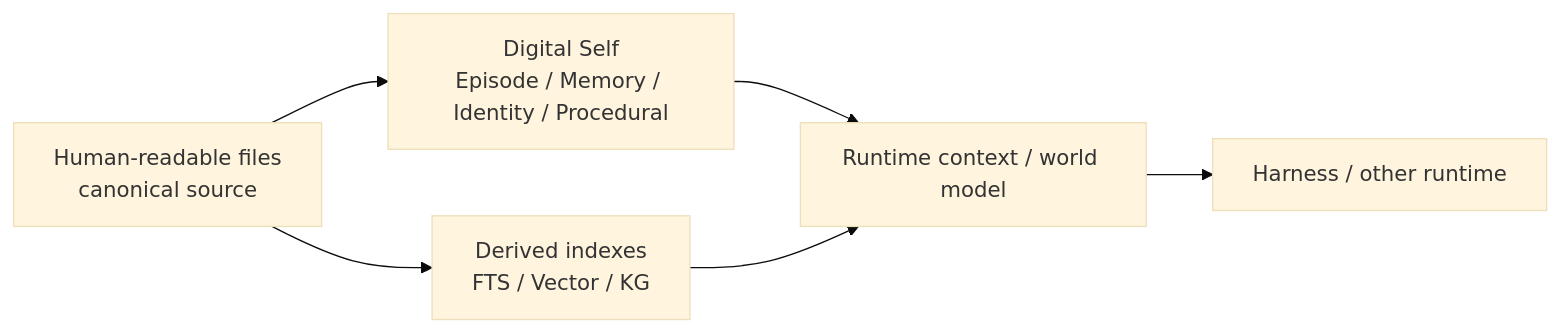
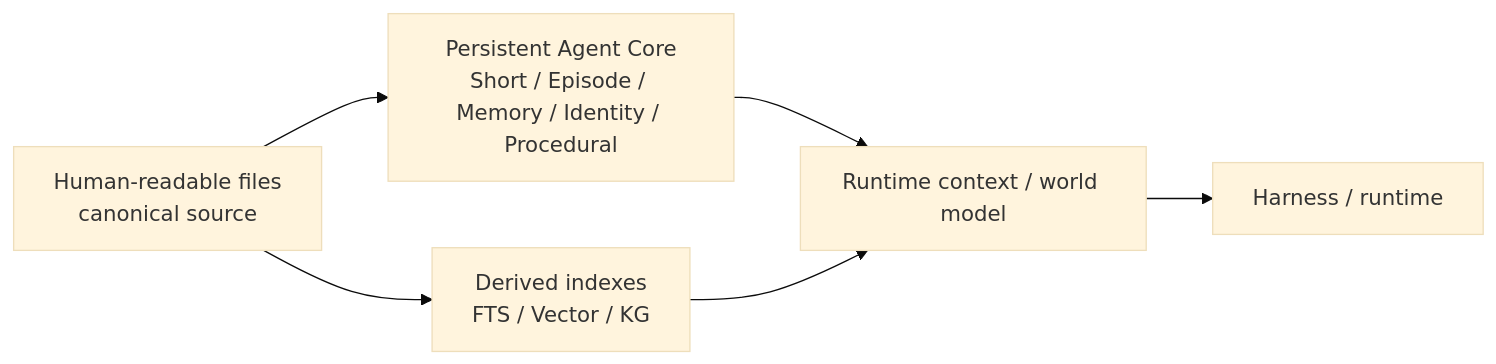
Before and after one commit to Ri0n72Y/agent-identity-cycle: the third of 3 diagrams in docs/architecture.md, drawn with Mermaid (base theme). The commit also changed other lines of this file and 16 other files, not shown here.

First line of the commit message:
feat: split short-memory appending from reflection

````diff
--- a/docs/architecture.md
+++ b/docs/architecture.md
@@ -60,14 +67,14 @@
 ```mermaid
 flowchart LR
-    SELF[Digital Self\nEpisode / Memory / Identity / Procedural]
+    CORE[Persistent Agent Core\nShort / Episode / Memory / Identity / Procedural]
     FILES[Human-readable files\ncanonical source]
     IDX[Derived indexes\nFTS / Vector / KG]
     WM[Runtime context / world model]
-    HAR[Harness / other runtime]
+    HAR[Harness / runtime]
 
-    FILES --> SELF
+    FILES --> CORE
     FILES --> IDX
-    SELF --> WM
+    CORE --> WM
     IDX --> WM
     WM --> HAR
 ```
````
